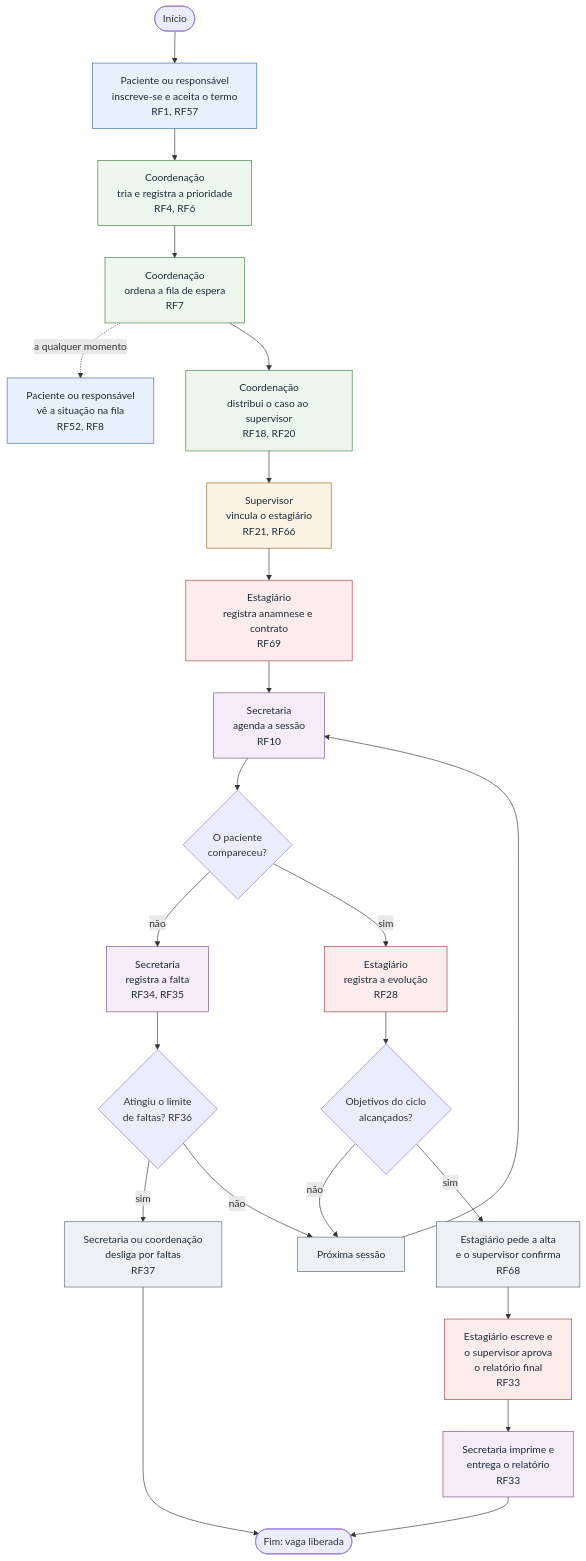
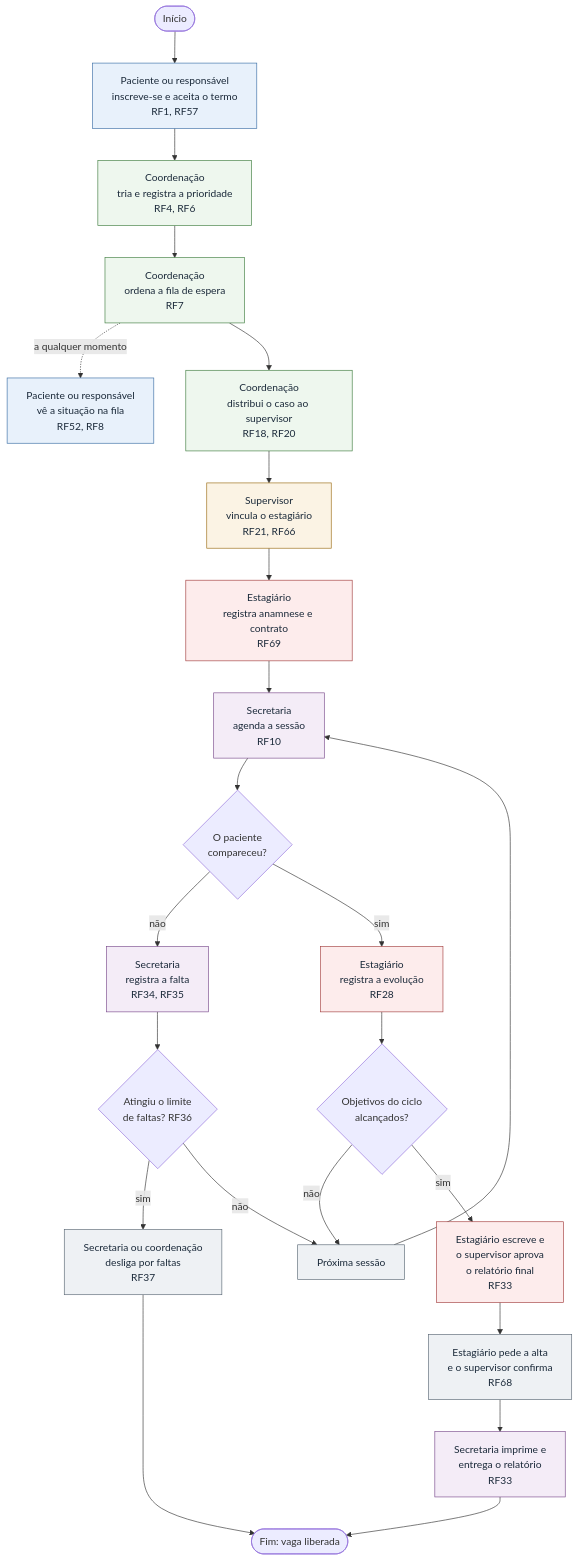
One commit to mdsreq-fga-unb/REQ-2026.2-T02-ClinicaEscolaFBr changed the diagram in documentacao/docs/requisitos/representacao.md. Above: the diagram before and after it, drawn with Mermaid. The commit also changed other lines of this file and 1 other file, not shown here.

Commit message:
docs: relatório final antes da alta no diagrama de atividades; histórico 3.105
Depois da confirmação da alta (RF68), o vínculo do estagiário termina e
ele não edita mais o relatório (RF33, #310). A versão 3.104 já está na
#310.

````diff
--- a/documentacao/docs/requisitos/representacao.md
+++ b/documentacao/docs/requisitos/representacao.md
@@ -34,37 +34,37 @@
 ```mermaid
 flowchart TD
     A([Início]) --> B["Paciente ou responsável<br>inscreve-se e aceita o termo<br>RF1, RF57"]
     B --> C["Coordenação<br>tria e registra a prioridade<br>RF4, RF6"]
     C --> D["Coordenação<br>ordena a fila de espera<br>RF7"]
     D -.->|"a qualquer momento"| D2["Paciente ou responsável<br>vê a situação na fila<br>RF52, RF8"]
     D --> E["Coordenação<br>distribui o caso ao supervisor<br>RF18, RF20"]
     E --> F["Supervisor<br>vincula o estagiário<br>RF21, RF66"]
     F --> G["Estagiário<br>registra anamnese e contrato<br>RF69"]
     G --> H["Secretaria<br>agenda a sessão<br>RF10"]
     H --> I{"O paciente<br>compareceu?"}
     I -->|"não"| K["Secretaria<br>registra a falta<br>RF34, RF35"]
     I -->|"sim"| J["Estagiário<br>registra a evolução<br>RF28"]
     K --> L{"Atingiu o limite<br>de faltas? RF36"}
     J --> N{"Objetivos do ciclo<br>alcançados?"}
     L -->|"sim"| M["Secretaria ou coordenação<br>desliga por faltas<br>RF37"]
     L -->|"não"| R["Próxima sessão"]
     N -->|"não"| R
-    N -->|"sim"| O["Estagiário pede a alta<br>e o supervisor confirma<br>RF68"]
+    N -->|"sim"| P["Estagiário escreve e<br>o supervisor aprova<br>o relatório final<br>RF33"]
     R --> H
-    O --> P["Estagiário escreve e<br>o supervisor aprova<br>o relatório final<br>RF33"]
-    P --> Q["Secretaria imprime e<br>entrega o relatório<br>RF33"]
+    P --> O["Estagiário pede a alta<br>e o supervisor confirma<br>RF68"]
+    O --> Q["Secretaria imprime e<br>entrega o relatório<br>RF33"]
     Q --> Z([Fim: vaga liberada])
     M --> Z
     classDef paciente fill:#e8f1fb,stroke:#3a6ea5,color:#1b2a3a;
     classDef coordenacao fill:#eef7ee,stroke:#3f7d3f,color:#1b2a3a;
     classDef supervisor fill:#fbf3e4,stroke:#9a6a12,color:#1b2a3a;
     classDef secretaria fill:#f4ecf7,stroke:#7a4b8c,color:#1b2a3a;
     classDef estagiario fill:#fdecec,stroke:#a33f3f,color:#1b2a3a;
     classDef varios fill:#eef1f4,stroke:#5b6875,color:#1b2a3a;
     class B,D2 paciente;
     class C,D,E coordenacao;
     class F supervisor;
     class H,K,Q secretaria;
     class G,J,P estagiario;
     class M,O,R varios;
 ```
````
